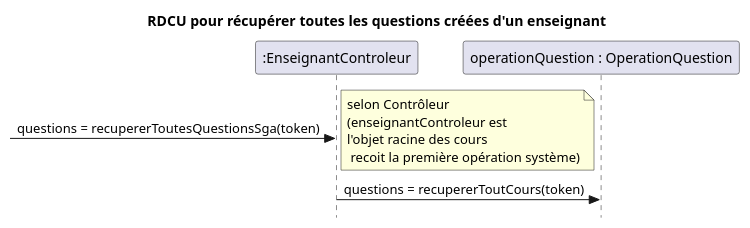
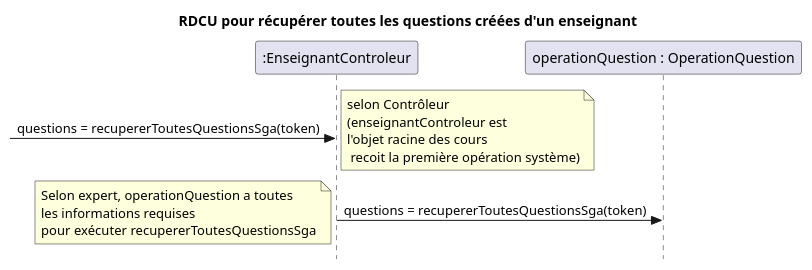
The first of 2 diagrams in docs/Récupérer question/RDCU_Recuperer_Question.puml (nerdz88/SGA-TS), drawn with PlantUML before and after one commit. The commit also changed other lines of this file and 6 other files, not shown here.

```diff
--- a/docs/Récupérer question/RDCU_Recuperer_Question.puml
+++ b/docs/Récupérer question/RDCU_Recuperer_Question.puml
@@ -1,11 +1,12 @@
 @startuml recupererTouteQuestion
 skinparam style strictuml
 skinparam defaultfontname Verdana
 title RDCU pour récupérer toutes les questions créées d'un enseignant
 participant ":EnseignantControleur" as controleur
 participant "operationQuestion : OperationQuestion" as mapCours
 
 ->controleur : questions = recupererToutesQuestionsSga(token)
 note right : selon Contrôleur\n(enseignantControleur est\nl'objet racine des cours\n recoit la première opération système)
-controleur -> mapCours : questions = recupererToutCours(token)
+controleur -> mapCours : questions = recupererToutesQuestionsSga(token)
+note left : Selon expert, operationQuestion a toutes\nles informations requises\npour exécuter recupererToutesQuestionsSga
 @enduml
```
